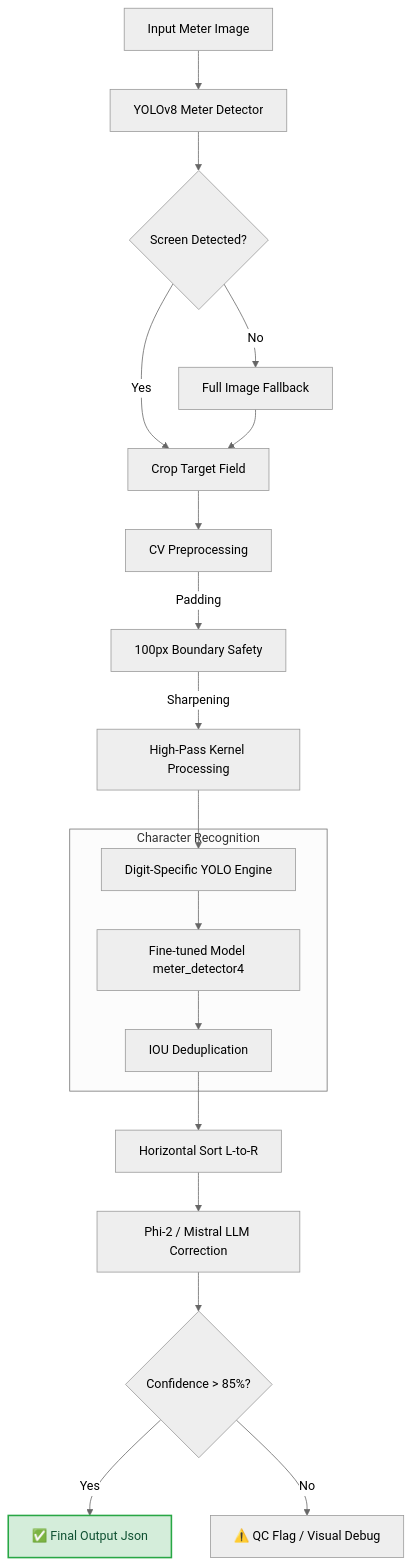
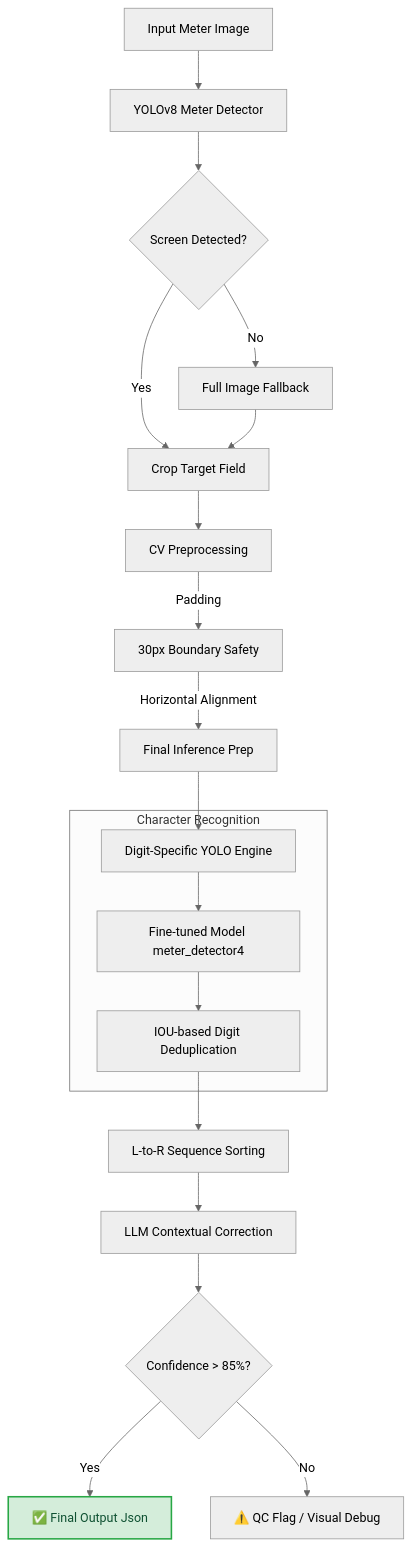
One commit to deepcodex-hub/Insitinct_GPT_OCr changed the diagram in README.md. Above: the diagram before and after it, drawn with Mermaid (neutral theme). The commit also changed other lines of this file, not shown here.

Commit message:
Docs: Final README update with live link and detailed tech specs

````diff
--- a/README.md
+++ b/README.md
@@ -29,28 +38,28 @@
 ```mermaid
 graph TD
     A[Input Meter Image] --> B[YOLOv8 Meter Detector]
     B --> C{Screen Detected?}
     C -- Yes --> D[Crop Target Field]
     C -- No --> E[Full Image Fallback]
     E --> D
     
     D --> F[CV Preprocessing]
-    F --> |Padding| G[100px Boundary Safety]
-    G --> |Sharpening| H[High-Pass Kernel Processing]
+    F --> |Padding| G[30px Boundary Safety]
+    G --> |Horizontal Alignment| H[Final Inference Prep]
     
     H --> I[Digit-Specific YOLO Engine]
     
     subgraph Character Recognition
         I --> J[Fine-tuned Model meter_detector4]
-        J --> K[IOU Deduplication]
+        J --> K[IOU-based Digit Deduplication]
     end
     
-    K --> L[Horizontal Sort L-to-R]
-    L --> M[Phi-2 / Mistral LLM Correction]
+    K --> L[L-to-R Sequence Sorting]
+    L --> M[LLM Contextual Correction]
     
     M --> N{Confidence > 85%?}
     N -- Yes --> O[✅ Final Output Json]
     N -- No --> P[⚠️ QC Flag / Visual Debug]
     
     style O fill:#d4edda,stroke:#28a745,stroke-width:2px,color:#0f5132
 ```
````
